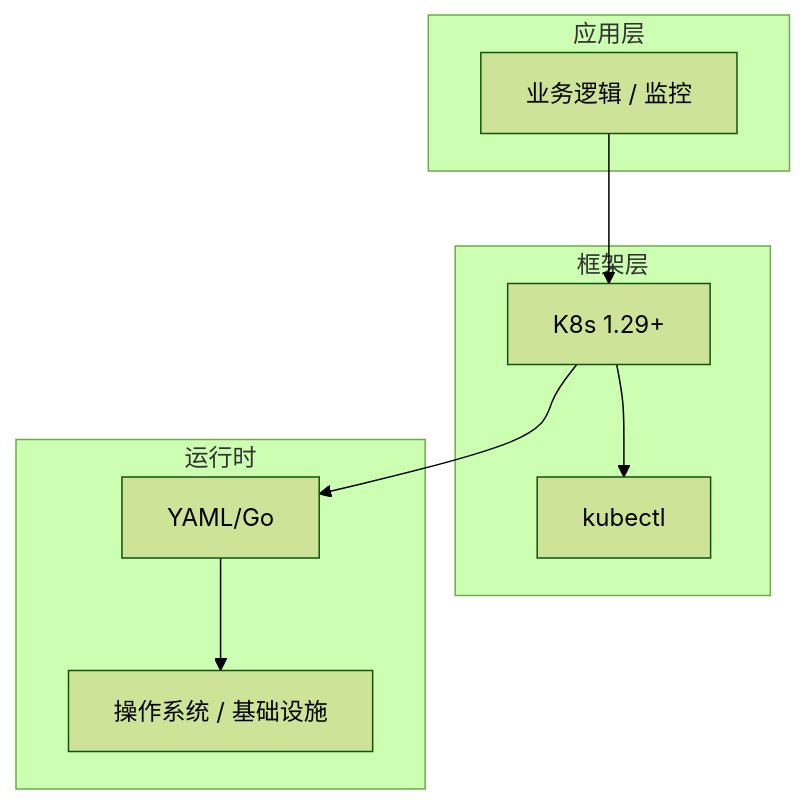
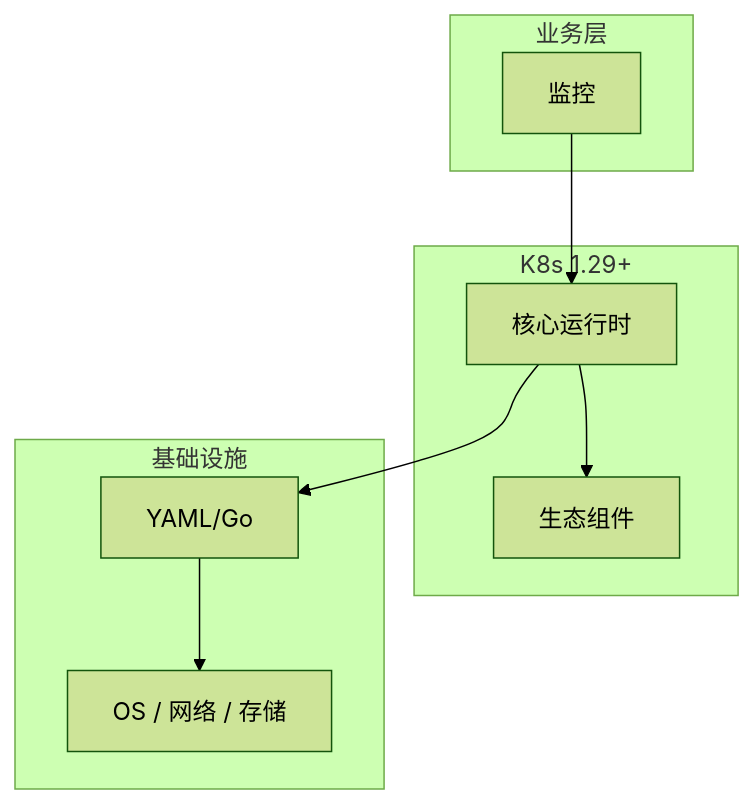
One commit to yanggan2015/knowledge-json-v2 changed the diagram in articles/Kubernetes/chapters/161-监控核心概念与原理.md. Above: the diagram before and after it, drawn with Mermaid (forest theme). The commit also changed other lines of this file and 10127 other files, not shown here.

````diff
--- a/articles/Kubernetes/chapters/161-监控核心概念与原理.md
+++ b/articles/Kubernetes/chapters/161-监控核心概念与原理.md
@@ -45,18 +34,18 @@
 ```mermaid
 graph TB
-    subgraph 应用层
-        A[业务逻辑 / 监控]
+    subgraph 业务层
+        A[监控]
     end
-    subgraph 框架层
-        B[K8s 1.29+]
-        C[kubectl]
+    subgraph K8s 1.29+
+        B[核心运行时]
+        C[生态组件]
     end
-    subgraph 运行时
+    subgraph 基础设施
         D[YAML/Go]
-        E[操作系统 / 基础设施]
+        E[OS / 网络 / 存储]
     end
     A --> B
     B --> C
     B --> D
     D --> E
 ```
````
